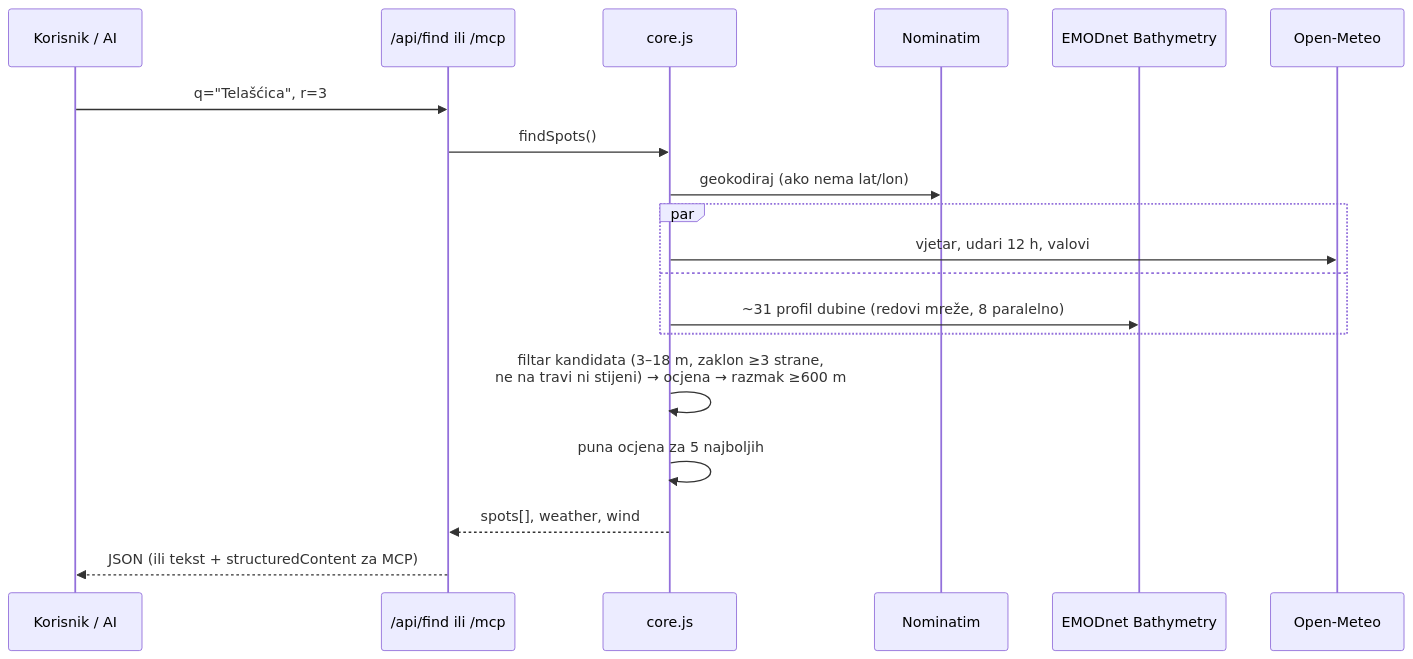
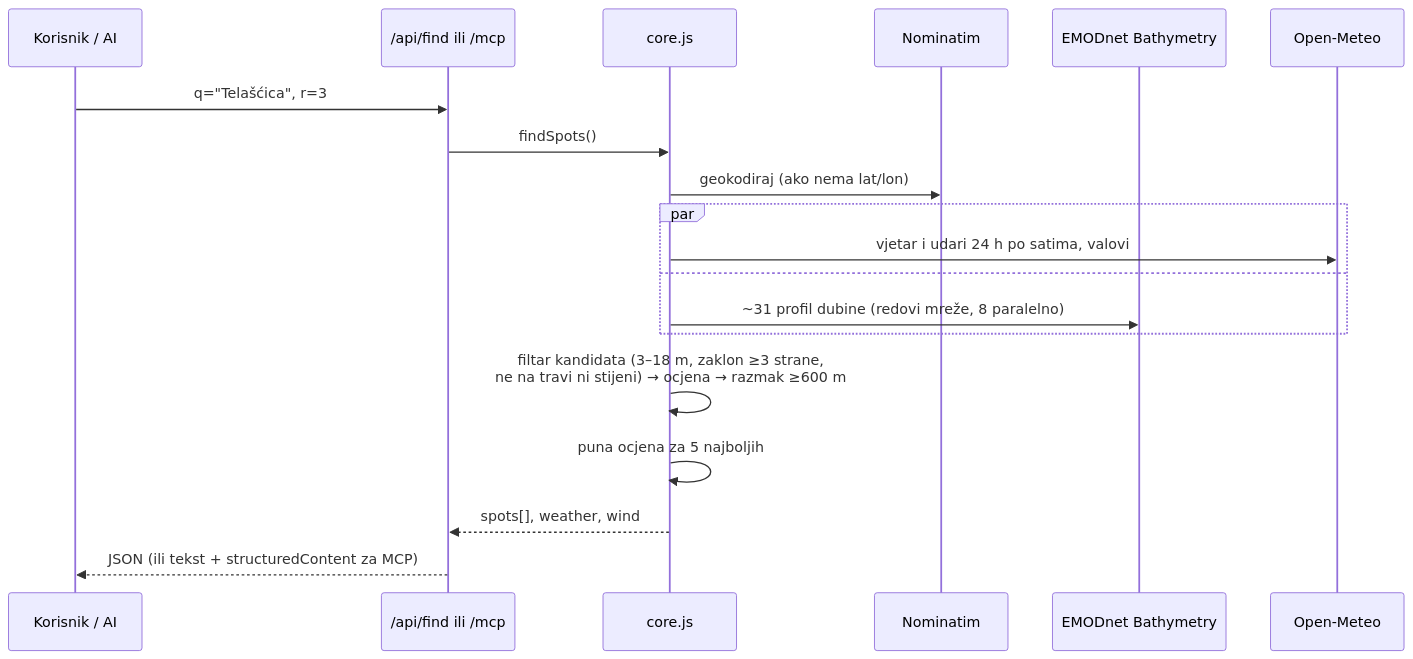
One commit to LovroBlagic/sigurno-sidriste changed the third of 3 diagrams in docs/ARHITEKTURA.md. Above: the diagram before and after it, drawn with Mermaid. The commit also changed other lines of this file and 7 other files, not shown here.

````diff
--- a/docs/ARHITEKTURA.md
+++ b/docs/ARHITEKTURA.md
@@ -73,22 +73,22 @@
 ```mermaid
 sequenceDiagram
   participant K as Korisnik / AI
   participant A as /api/find ili /mcp
   participant E as core.js
   participant N as Nominatim
   participant B as EMODnet Bathymetry
   participant O as Open-Meteo
 
   K->>A: q="Telašćica", r=3
   A->>E: findSpots()
   E->>N: geokodiraj (ako nema lat/lon)
   par
-    E->>O: vjetar, udari 12 h, valovi
+    E->>O: vjetar i udari 24 h po satima, valovi
   and
     E->>B: ~31 profil dubine (redovi mreže, 8 paralelno)
   end
   E->>E: filtar kandidata (3–18 m, zaklon ≥3 strane,<br/>ne na travi ni stijeni) → ocjena → razmak ≥600 m
   E->>E: puna ocjena za 5 najboljih
   E-->>A: spots[], weather, wind
   A-->>K: JSON (ili tekst + structuredContent za MCP)
 ```
````
